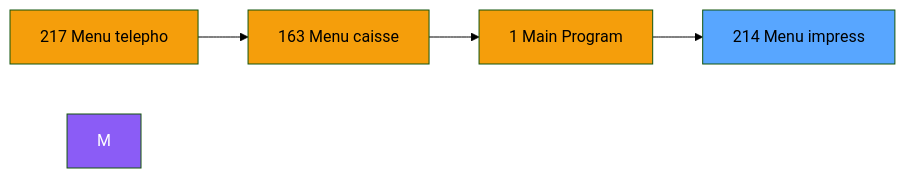
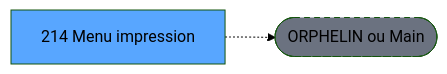
One commit to thonyAGP/lecteur-magic changed the second of 3 diagrams in .openspec/renders/ADH-IDE-214.md. Above: the diagram before and after it, drawn with Mermaid (forest theme). The commit also changed other lines of this file and 701 other files, not shown here.

````diff
--- a/.openspec/renders/ADH-IDE-214.md
+++ b/.openspec/renders/ADH-IDE-214.md
@@ -112,15 +117,8 @@
 ```mermaid
 graph LR
-    N217[217 Menu telepho]
-    N163[163 Menu caisse ]
-    N1[1 Main Program]
-    T[214 Menu impress]
-    N217 --> N163
-    N163 --> N1
-    N1 --> T
-    style M fill:#8b5cf6,color:#fff
-    style N217 fill:#f59e0b
-    style N163 fill:#f59e0b
-    style N1 fill:#f59e0b
+    T[214 Menu impression]
+    ORPHAN([ORPHELIN ou Main])
+    T -.-> ORPHAN
     style T fill:#58a6ff,color:#000
+    style ORPHAN fill:#6b7280,stroke-dasharray: 5 5
 ```
````
